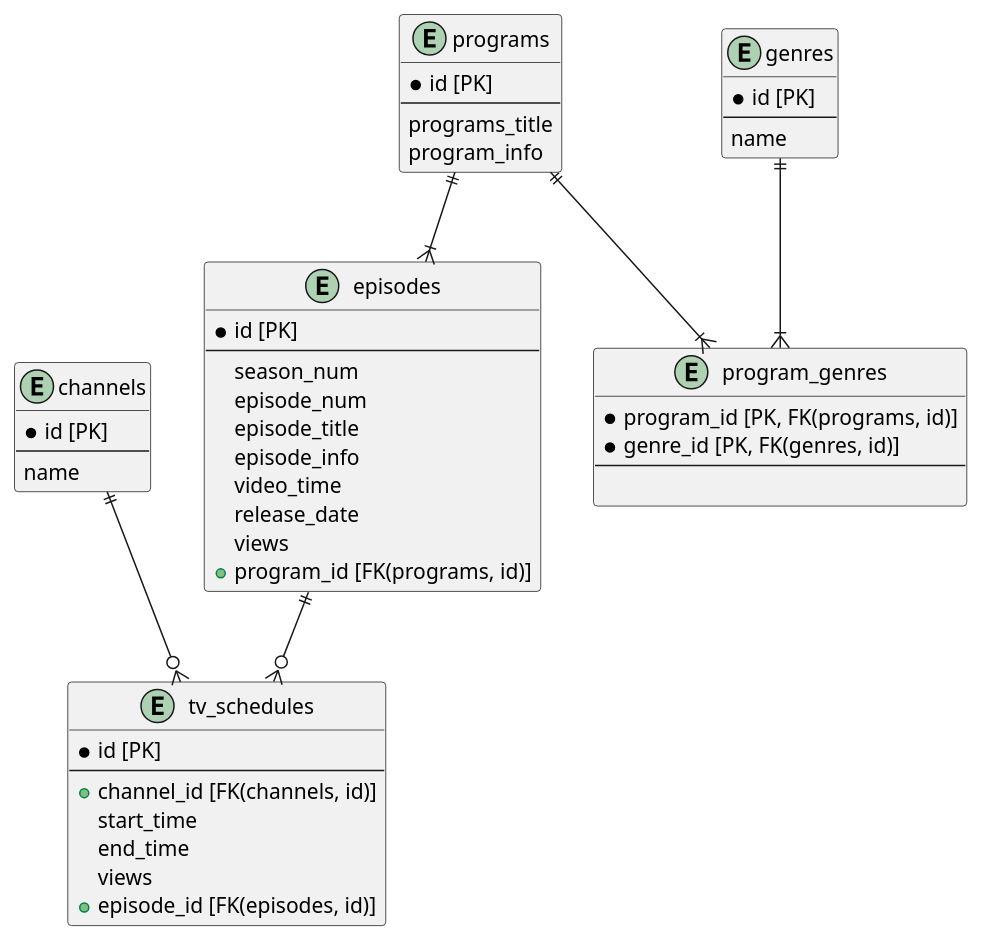
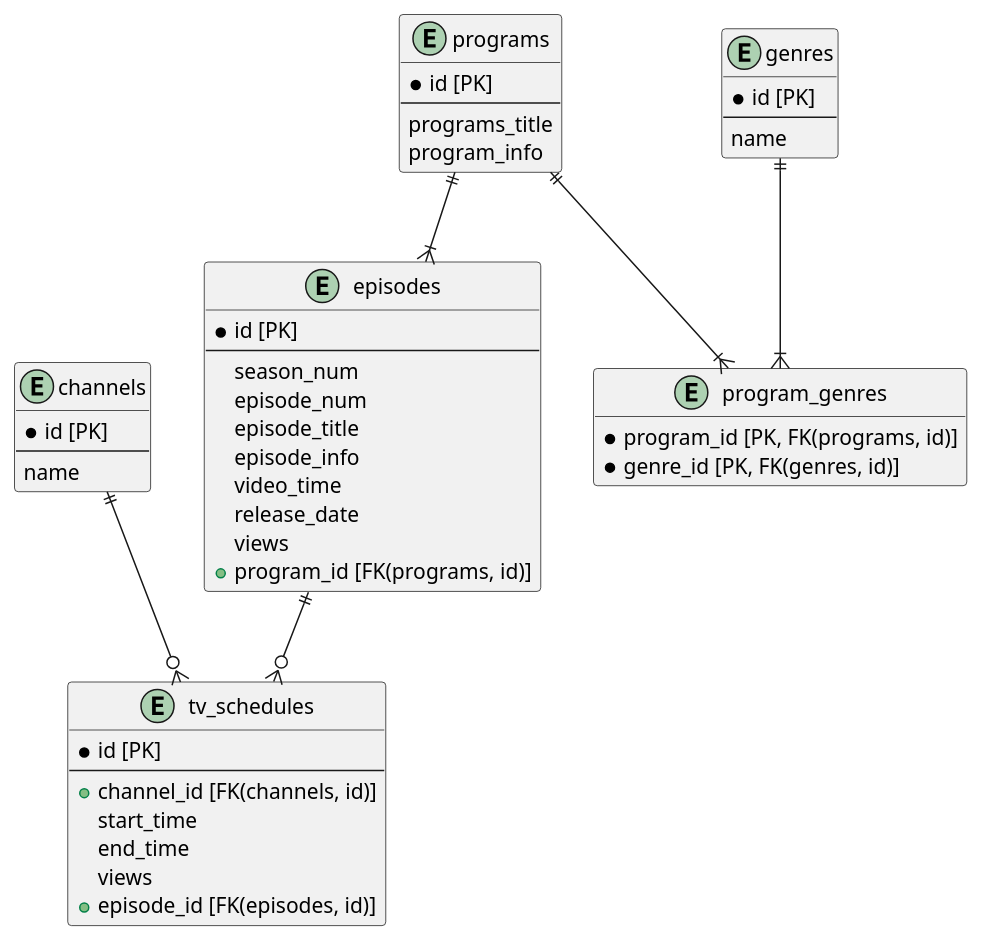
One commit to nobukofu69/apprentice-practice changed the diagram in week5-6/internet_tv.pu. Above: the diagram before and after it, drawn with PlantUML.

Commit message:
internet_tv.puを微修正

```diff
--- a/week5-6/internet_tv.pu
+++ b/week5-6/internet_tv.pu
@@ -1,60 +1,58 @@
 @startuml
 skinparam shadowing false
 hide empty members
 
 entity "channels" as channels {
     * id [PK]
     --
     name
 }
 
 entity "programs" as programs {
     * id [PK]
     --
     programs_title
     program_info
 }
 
 entity "episodes" as episodes {
     * id [PK]
     --
     season_num
     episode_num
     episode_title
     episode_info
     video_time
     release_date
     views
     + program_id [FK(programs, id)]
 }
 
 entity "tv_schedules" as tv_schedules {
     * id [PK]
     --
     + channel_id [FK(channels, id)]
     start_time
     end_time
     views
     + episode_id [FK(episodes, id)]
 }
 
 entity "genres" as genres {
     * id [PK]
     --
     name
 }
 
 entity "program_genres" as program_genres {
     * program_id [PK, FK(programs, id)]
     * genre_id [PK, FK(genres, id)]
-    --
-
 }
 
 channels ||--o{ tv_schedules
 programs ||--|{ program_genres
 programs ||--|{ episodes
 genres ||--|{ program_genres
 episodes ||--o{ tv_schedules
 
 @enduml
```
